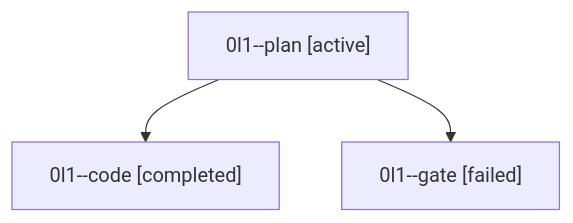
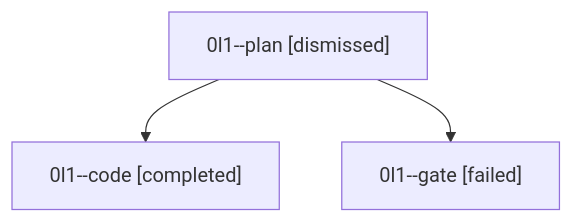
Before and after one commit to sase-org/sase--agents: the diagram in sessions/bbugyi200.athena.0l1.md, drawn with Mermaid. The commit also changed other lines of this file and 31 other files, not shown here.

````diff
--- a/sessions/bbugyi200.athena.0l1.md
+++ b/sessions/bbugyi200.athena.0l1.md
@@ -9,8 +9,8 @@
 ```mermaid
 flowchart TD
-  n0["0l1--plan [active]"]
+  n0["0l1--plan [dismissed]"]
   n1["0l1--code [completed]"]
   n0 --> n1
   n2["0l1--gate [failed]"]
   n0 --> n2
 ```
````
